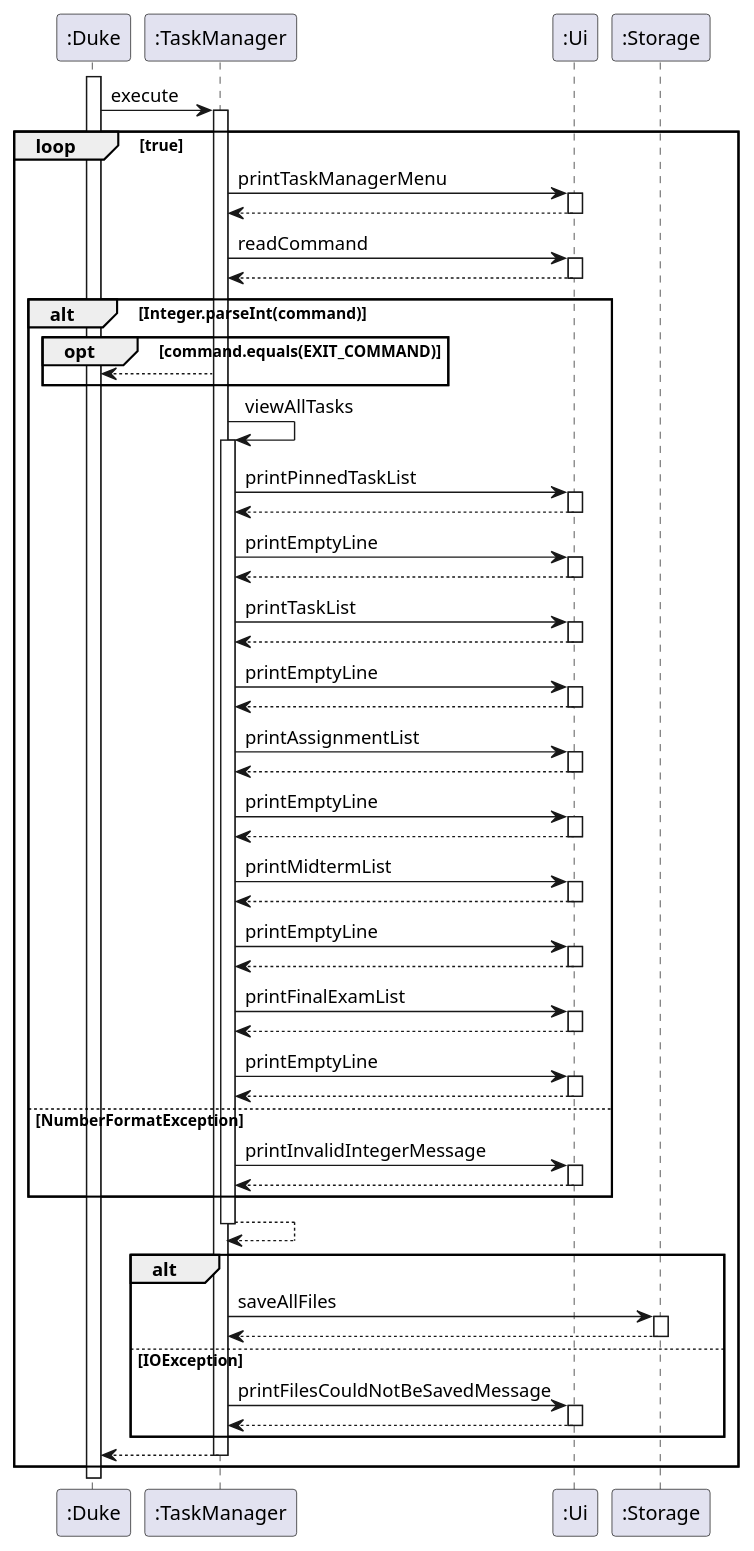
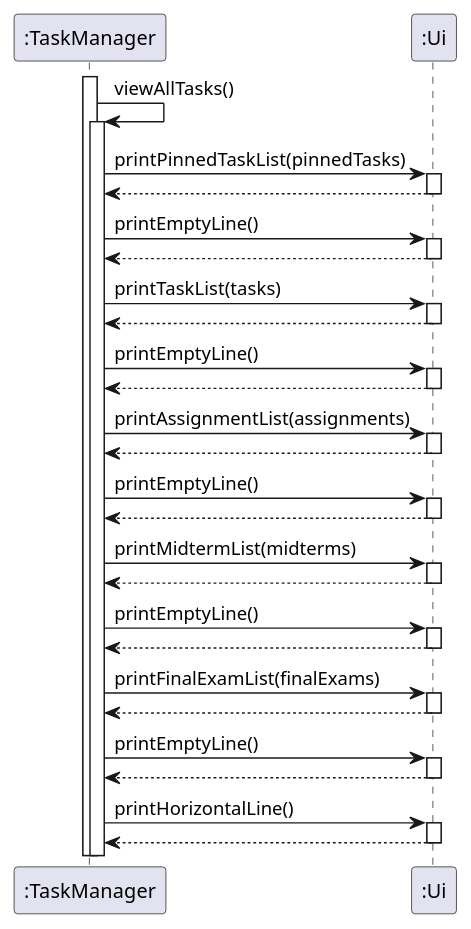
The diagram in docs/diagrams/tasks/viewAllTasks.puml (nus-cs2113-AY2021S2/tp), drawn with PlantUML before and after one commit. The commit also changed 37 other files, not shown here.

```diff
--- a/docs/diagrams/tasks/viewAllTasks.puml
+++ b/docs/diagrams/tasks/viewAllTasks.puml
@@ -1,57 +1,29 @@
 @startuml
 
-activate ":Duke"
-":Duke" -> ":TaskManager"++ : execute
-
-loop true
-
-":TaskManager" -> ":Ui"++ : printTaskManagerMenu
+activate ":TaskManager"
+":TaskManager" -> ":TaskManager"++ : viewAllTasks()
+":TaskManager" -> ":Ui"++ : printPinnedTaskList(pinnedTasks)
 return
-":TaskManager" -> ":Ui"++ : readCommand
+":TaskManager" -> ":Ui"++ : printEmptyLine()
 return
-
-alt Integer.parseInt(command)
-    opt command.equals(EXIT_COMMAND)
-    ":TaskManager" --> ":Duke"
-    end
-":TaskManager" -> ":TaskManager"++ : viewAllTasks
-":TaskManager" -> ":Ui"++ : printPinnedTaskList
+":TaskManager" -> ":Ui"++ : printTaskList(tasks)
 return
-":TaskManager" -> ":Ui"++ : printEmptyLine
+":TaskManager" -> ":Ui"++ : printEmptyLine()
 return
-":TaskManager" -> ":Ui"++ : printTaskList
+":TaskManager" -> ":Ui"++ : printAssignmentList(assignments)
 return
-":TaskManager" -> ":Ui"++ : printEmptyLine
+":TaskManager" -> ":Ui"++ : printEmptyLine()
 return
-":TaskManager" -> ":Ui"++ : printAssignmentList
+":TaskManager" -> ":Ui"++ : printMidtermList(midterms)
 return
-":TaskManager" -> ":Ui"++ : printEmptyLine
+":TaskManager" -> ":Ui"++ : printEmptyLine()
 return
-":TaskManager" -> ":Ui"++ : printMidtermList
+":TaskManager" -> ":Ui"++ : printFinalExamList(finalExams)
 return
-":TaskManager" -> ":Ui"++ : printEmptyLine
+":TaskManager" -> ":Ui"++ : printEmptyLine()
 return
-":TaskManager" -> ":Ui"++ : printFinalExamList
-return
-":TaskManager" -> ":Ui"++ : printEmptyLine
-return
-
-else NumberFormatException
-":TaskManager" -> ":Ui"++ : printInvalidIntegerMessage
-return
-end
-return
-
-alt
-":TaskManager" -> ":Storage"++ : saveAllFiles
-return
-else IOException
-":TaskManager" -> ":Ui"++ : printFilesCouldNotBeSavedMessage
-return
-end
+":TaskManager" -> ":Ui"++ : printHorizontalLine()
 
 return
 
-end
-
 @enduml
```
